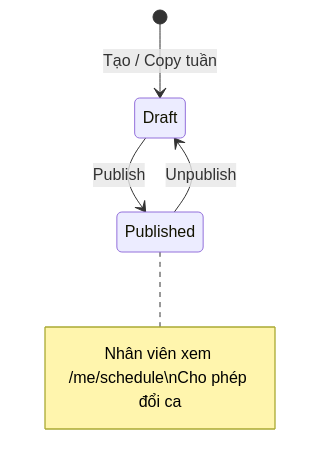
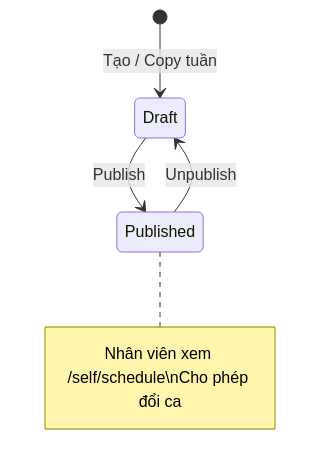
One commit to darrenak403/wokki-server changed the second of 11 diagrams in docs/vi/process-flows.md. Above: the diagram before and after it, drawn with Mermaid. The commit also changed 11 other files, not shown here.

````diff
--- a/docs/vi/process-flows.md
+++ b/docs/vi/process-flows.md
@@ -22,7 +22,7 @@
 ```mermaid
 stateDiagram-v2
     [*] --> Draft: Tạo / Copy tuần
     Draft --> Published: Publish
     Published --> Draft: Unpublish
-    note right of Published: Nhân viên xem /me/schedule\nCho phép đổi ca
+    note right of Published: Nhân viên xem /self/schedule\nCho phép đổi ca
 ```
````
